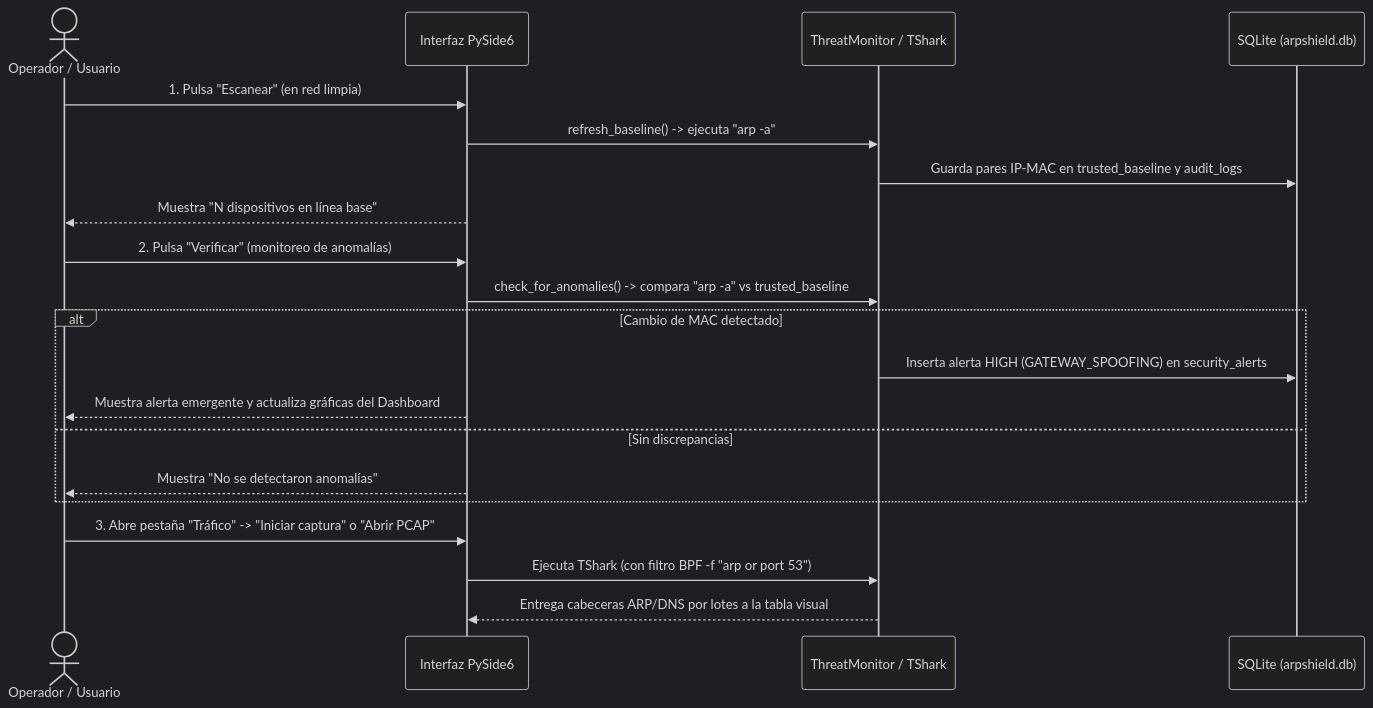
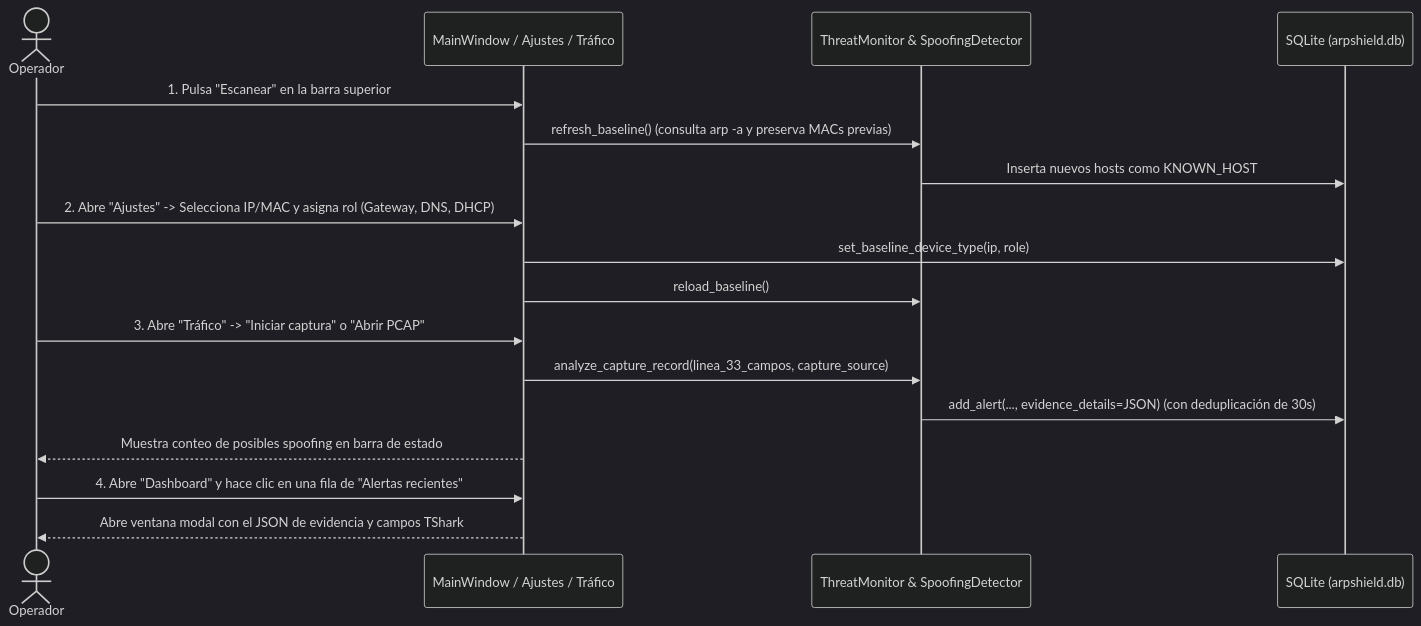
One commit to andresingenieroinformatico/ARPShield changed the third of 3 diagrams in docs/documentacion_integral_arpshield.md. Above: the diagram before and after it, drawn with Mermaid (dark theme). The commit also changed other lines of this file, not shown here.

````diff
--- a/docs/documentacion_integral_arpshield.md
+++ b/docs/documentacion_integral_arpshield.md
@@ -302,25 +330,23 @@
 ```mermaid
 sequenceDiagram
-    actor Usuario as Operador / Usuario
-    participant UI as Interfaz PySide6
-    participant Mon as ThreatMonitor / TShark
+    actor Operador
+    participant UI as MainWindow / Ajustes / Tráfico
+    participant Mon as ThreatMonitor & SpoofingDetector
     participant DB as SQLite (arpshield.db)
 
-    Usuario->>UI: 1. Pulsa "Escanear" (en red limpia)
-    UI->>Mon: refresh_baseline() -> ejecuta "arp -a"
-    Mon->>DB: Guarda pares IP-MAC en trusted_baseline y audit_logs
-    UI-->>Usuario: Muestra "N dispositivos en línea base"
+    Operador->>UI: 1. Pulsa "Escanear" en la barra superior
+    UI->>Mon: refresh_baseline() (consulta arp -a y preserva MACs previas)
+    Mon->>DB: Inserta nuevos hosts como KNOWN_HOST
 
-    Usuario->>UI: 2. Pulsa "Verificar" (monitoreo de anomalías)
-    UI->>Mon: check_for_anomalies() -> compara "arp -a" vs trusted_baseline
-    alt Cambio de MAC detectado
-        Mon->>DB: Inserta alerta HIGH (GATEWAY_SPOOFING) en security_alerts
-        UI-->>Usuario: Muestra alerta emergente y actualiza gráficas del Dashboard
-    else Sin discrepancias
-        UI-->>Usuario: Muestra "No se detectaron anomalías"
-    end
+    Operador->>UI: 2. Abre "Ajustes" -> Selecciona IP/MAC y asigna rol (Gateway, DNS, DHCP)
+    UI->>DB: set_baseline_device_type(ip, role)
+    UI->>Mon: reload_baseline()
 
-    Usuario->>UI: 3. Abre pestaña "Tráfico" -> "Iniciar captura" o "Abrir PCAP"
-    UI->>Mon: Ejecuta TShark (con filtro BPF -f "arp or port 53")
-    Mon-->>UI: Entrega cabeceras ARP/DNS por lotes a la tabla visual
+    Operador->>UI: 3. Abre "Tráfico" -> "Iniciar captura" o "Abrir PCAP"
+    UI->>Mon: analyze_capture_record(linea_33_campos, capture_source)
+    Mon->>DB: add_alert(..., evidence_details=JSON) (con deduplicación de 30s)
+    UI-->>Operador: Muestra conteo de posibles spoofing en barra de estado
+
+    Operador->>UI: 4. Abre "Dashboard" y hace clic en una fila de "Alertas recientes"
+    UI-->>Operador: Abre ventana modal con el JSON de evidencia y campos TShark
 ```
````
